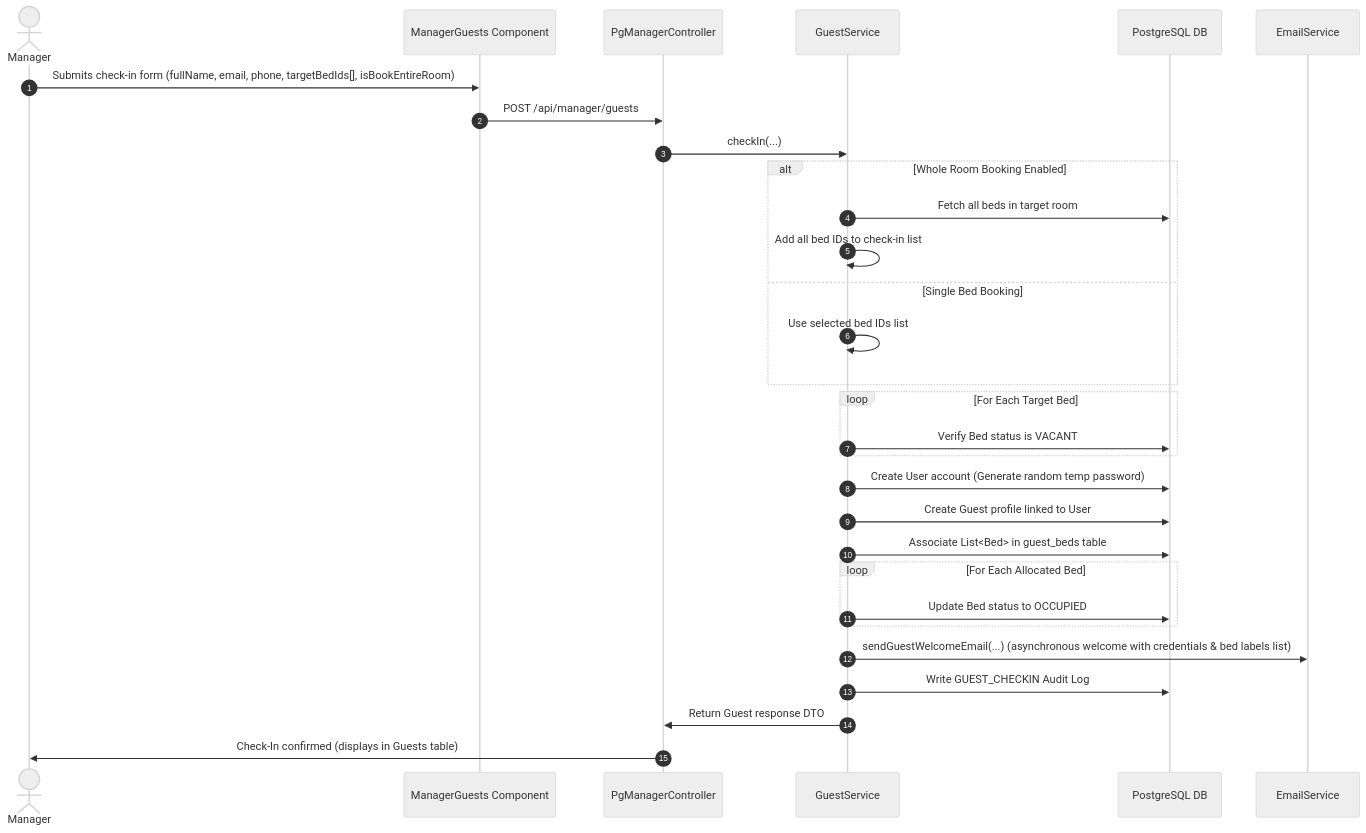
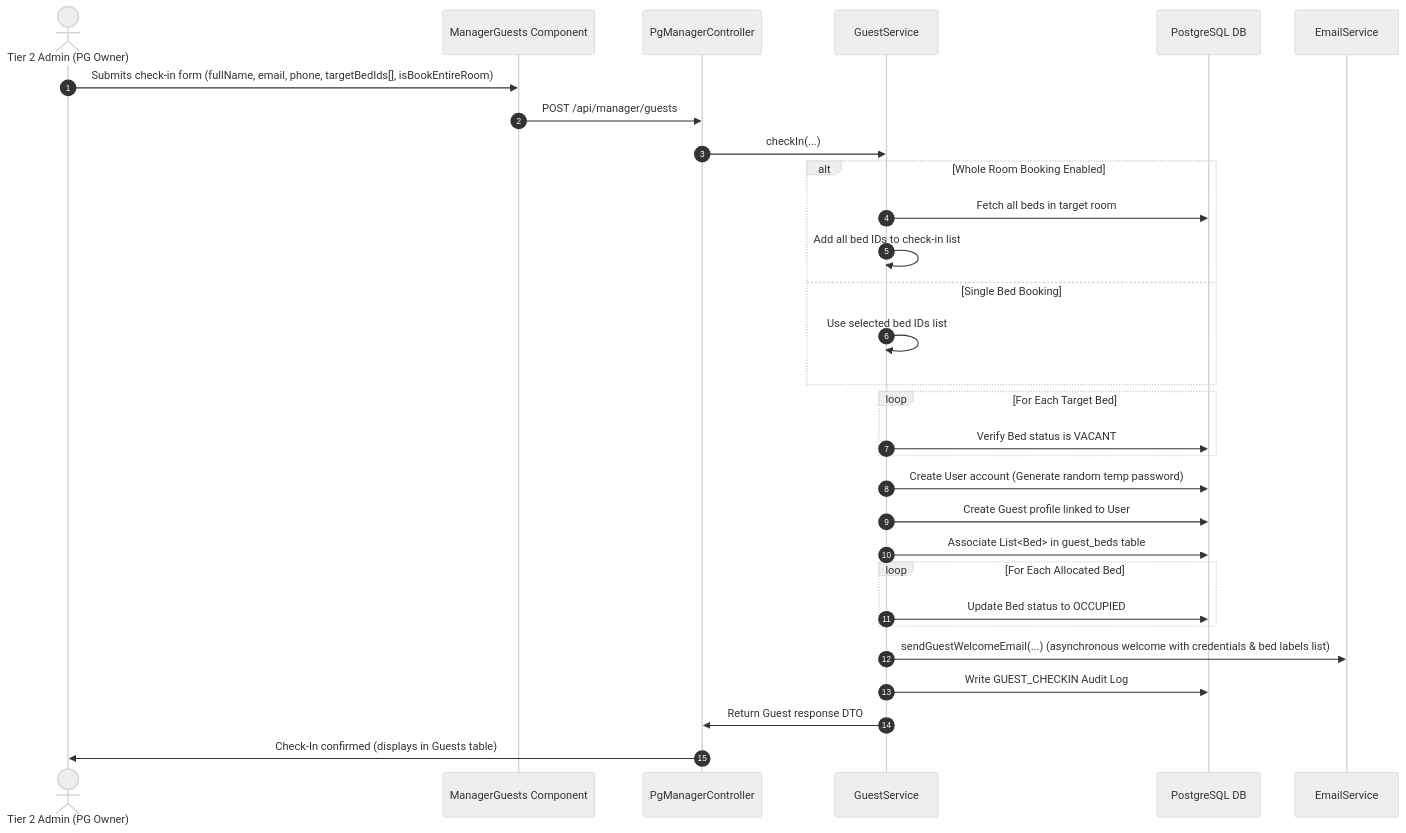
The second of 21 diagrams in docs/WORKFLOWS.md (rahul-0906/PG-Project), drawn with Mermaid (neutral theme) before and after one commit. The commit also changed other lines of this file and 7 other files, not shown here.

Commit message:
Comprehensive documentation overhaul: update 4-tier roles, workflows, calculations, architecture, and onboarding SOP

````diff
--- a/docs/WORKFLOWS.md
+++ b/docs/WORKFLOWS.md
@@ -42,33 +53,33 @@
 ```mermaid
 sequenceDiagram
     autonumber
-    actor Manager
+    actor Admin as Tier 2 Admin (PG Owner)
     participant App as ManagerGuests Component
     participant Controller as PgManagerController
     participant Service as GuestService
     participant DB as PostgreSQL DB
     participant Mail as EmailService
 
-    Manager->>App: Submits check-in form (fullName, email, phone, targetBedIds[], isBookEntireRoom)
+    Admin->>App: Submits check-in form (fullName, email, phone, targetBedIds[], isBookEntireRoom)
     App->>Controller: POST /api/manager/guests
     Controller->>Service: checkIn(...)
     alt Whole Room Booking Enabled
         Service->>DB: Fetch all beds in target room
         Service->>Service: Add all bed IDs to check-in list
     else Single Bed Booking
         Service->>Service: Use selected bed IDs list
     end
     loop For Each Target Bed
         Service->>DB: Verify Bed status is VACANT
     end
     Service->>DB: Create User account (Generate random temp password)
     Service->>DB: Create Guest profile linked to User
     Service->>DB: Associate List<Bed> in guest_beds table
     loop For Each Allocated Bed
         Service->>DB: Update Bed status to OCCUPIED
     end
     Service->>Mail: sendGuestWelcomeEmail(...) (asynchronous welcome with credentials & bed labels list)
     Service->>DB: Write GUEST_CHECKIN Audit Log
     Service->>Controller: Return Guest response DTO
-    Controller->>Manager: Check-In confirmed (displays in Guests table)
+    Controller->>Admin: Check-In confirmed (displays in Guests table)
 ```
````
